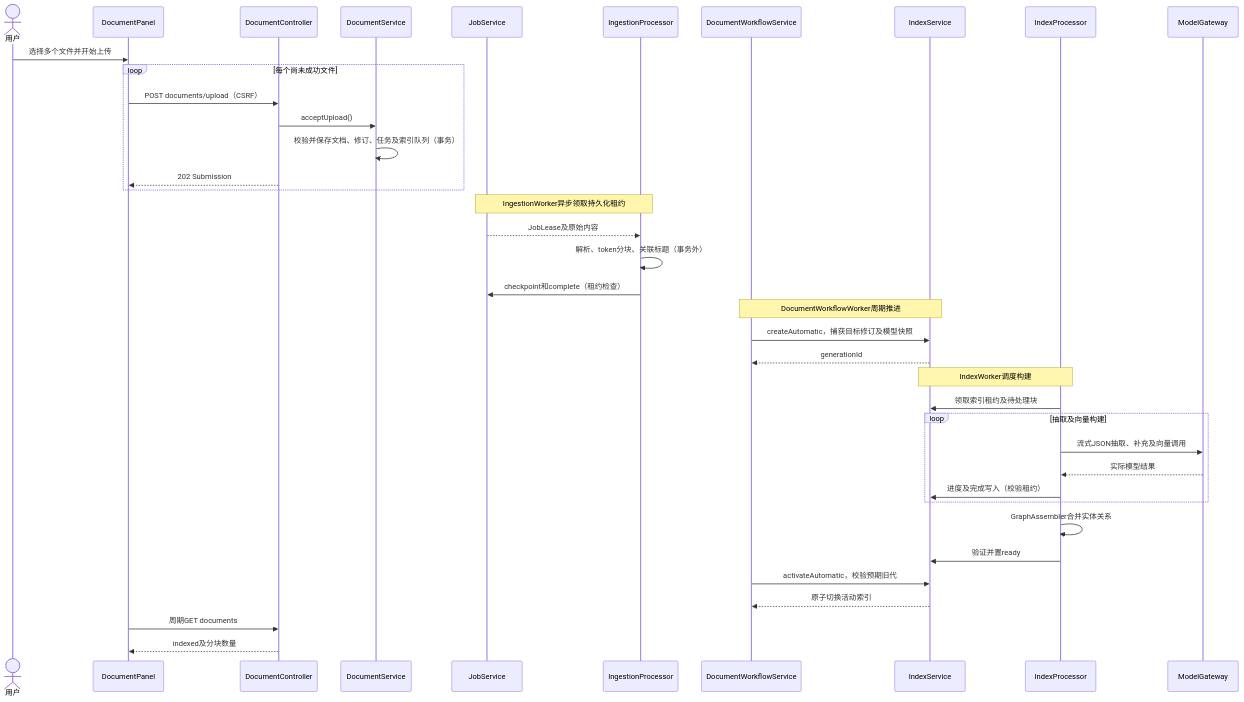
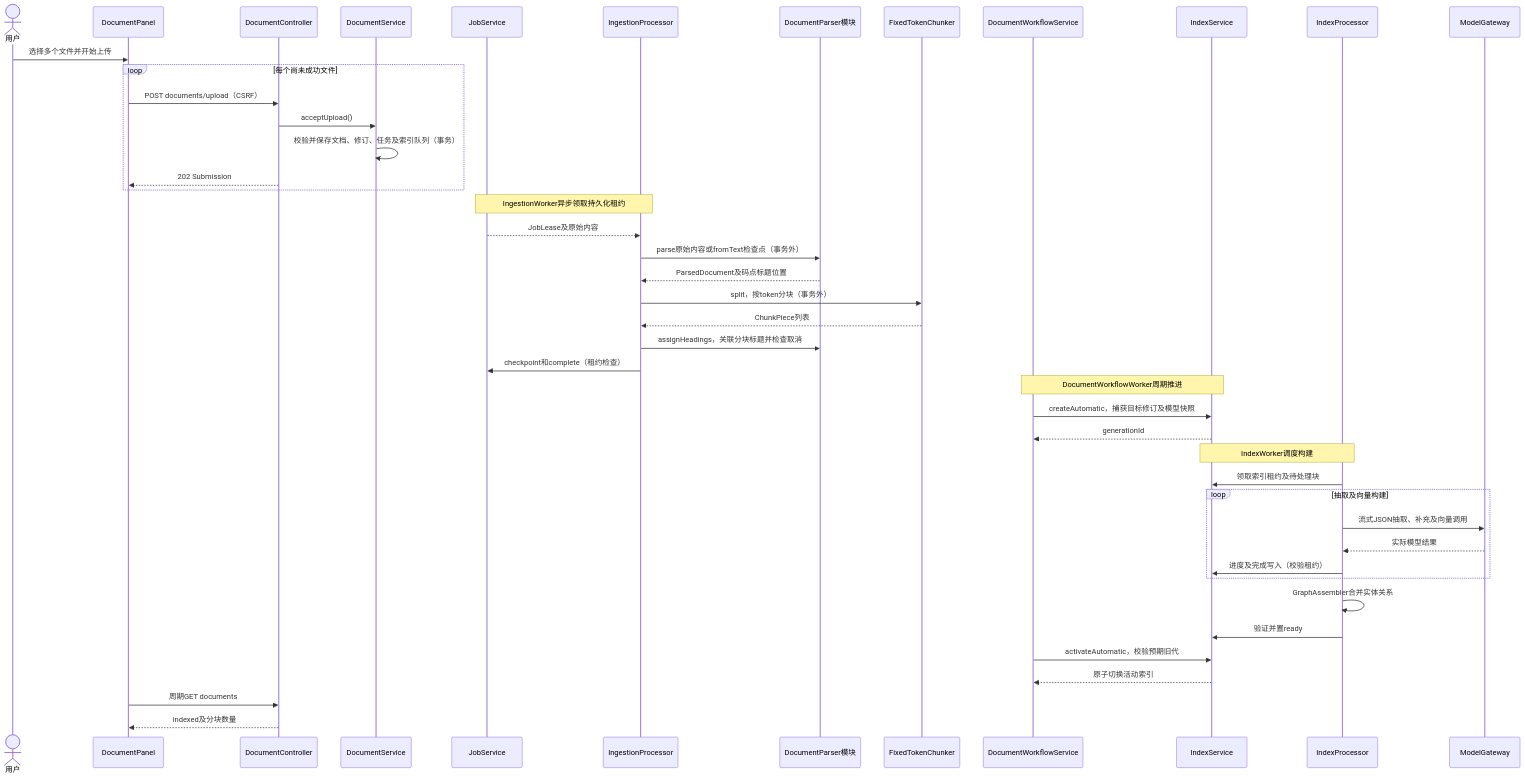
One commit to czhcc/TjLightRAG changed the second of 2 diagrams in docs/文档管理实现.md. Above: the diagram before and after it, drawn with Mermaid. The commit also changed other lines of this file and 21 other files, not shown here.

````diff
--- a/docs/文档管理实现.md
+++ b/docs/文档管理实现.md
@@ -78,40 +87,46 @@
 ```mermaid
 sequenceDiagram
     actor U as 用户
     participant P as DocumentPanel
     participant C as DocumentController
     participant D as DocumentService
     participant J as JobService
     participant I as IngestionProcessor
+    participant R as DocumentParser模块
+    participant T as FixedTokenChunker
     participant W as DocumentWorkflowService
     participant S as IndexService
     participant X as IndexProcessor
     participant M as ModelGateway
     U->>P: 选择多个文件并开始上传
     loop 每个尚未成功文件
       P->>C: POST documents/upload（CSRF）
       C->>D: acceptUpload()
       D->>D: 校验并保存文档、修订、任务及索引队列（事务）
       C-->>P: 202 Submission
     end
     Note over J,I: IngestionWorker异步领取持久化租约
     J-->>I: JobLease及原始内容
-    I->>I: 解析、token分块、关联标题（事务外）
+    I->>R: parse原始内容或fromText检查点（事务外）
+    R-->>I: ParsedDocument及码点标题位置
+    I->>T: split，按token分块（事务外）
+    T-->>I: ChunkPiece列表
+    I->>R: assignHeadings，关联分块标题并检查取消
     I->>J: checkpoint和complete（租约检查）
     Note over W,S: DocumentWorkflowWorker周期推进
     W->>S: createAutomatic，捕获目标修订及模型快照
     S-->>W: generationId
     Note over S,X: IndexWorker调度构建
     X->>S: 领取索引租约及待处理块
     loop 抽取及向量构建
       X->>M: 流式JSON抽取、补充及向量调用
       M-->>X: 实际模型结果
       X->>S: 进度及完成写入（校验租约）
     end
     X->>X: GraphAssembler合并实体关系
     X->>S: 验证并置ready
     W->>S: activateAutomatic，校验预期旧代
     S-->>W: 原子切换活动索引
     P->>C: 周期GET documents
     C-->>P: indexed及分块数量
 ```
````
